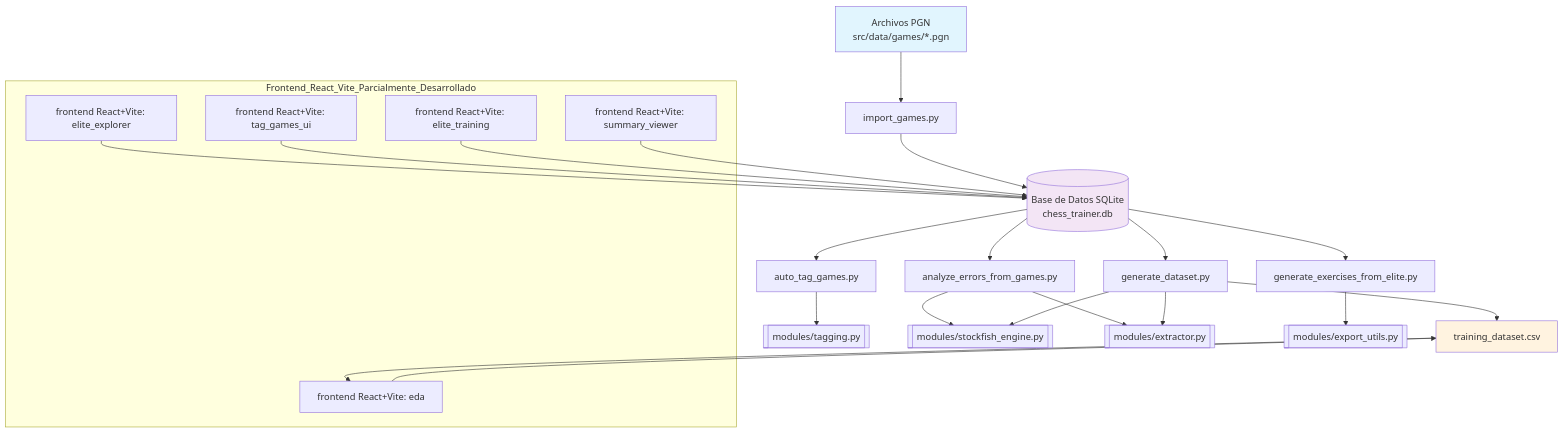
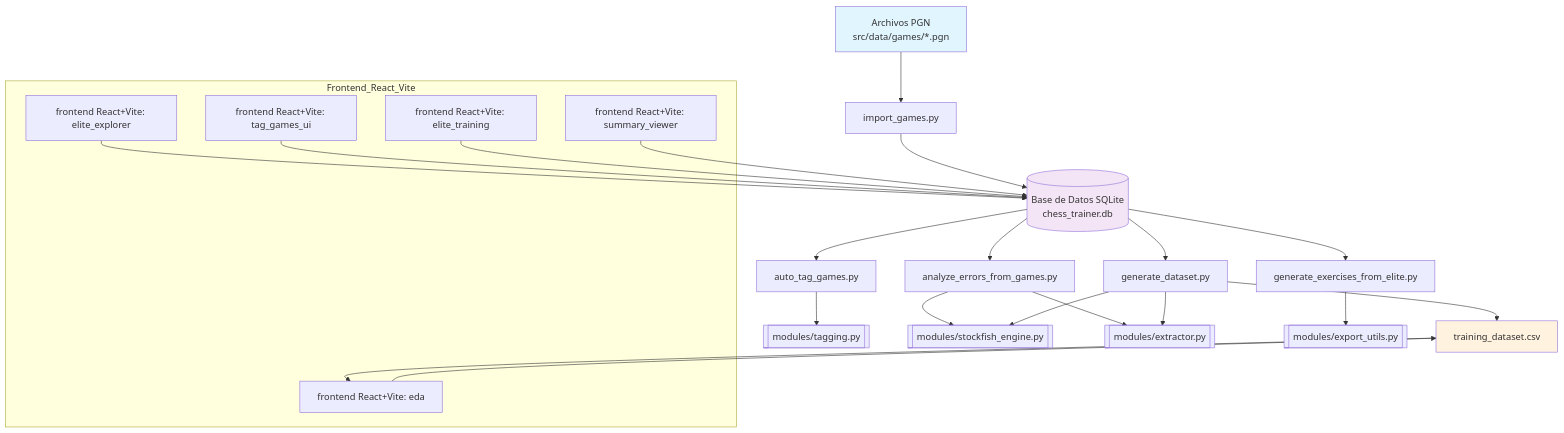
Before and after one commit to cmessoftware/chessinsightai: the diagram in src/architecture_es.md, drawn with Mermaid. The commit also changed 2 other files, not shown here.

Commit message:
docs: clarify legacy streamlit role and normalize vite docs
Agent-Logs-Url: https://github.com/cmessoftware/chessinsightai/sessions/33f0549b-f44d-47ba-a050-168358c5e59d

````diff
--- a/src/architecture_es.md
+++ b/src/architecture_es.md
@@ -1,40 +1,40 @@
 ```mermaid
 graph TD
   A[Archivos PGN<br>src/data/games/*.pgn] --> B[import_games.py]
   B --> DB[(Base de Datos SQLite<br>chess_trainer.db)]
 
   DB --> C[auto_tag_games.py]
   DB --> D[analyze_errors_from_games.py]
   DB --> E[generate_exercises_from_elite.py]
   DB --> F[generate_dataset.py]
 
   C --> M1[[modules/tagging.py]]
   D --> M2[[modules/stockfish_engine.py]]
   D --> M3[[modules/extractor.py]]
   E --> M4[[modules/export_utils.py]]
   F --> M2
   F --> M3
 
   G1[frontend React+Vite: elite_explorer] --> DB
   G2[frontend React+Vite: tag_games_ui] --> DB
   G3[frontend React+Vite: elite_training] --> DB
   G4[frontend React+Vite: summary_viewer] --> DB
   
   CSV[training_dataset.csv]
   G5[frontend React+Vite: eda] --> CSV
 
   F --> CSV
   CSV --> G5
 
-  subgraph Frontend_React_Vite_Parcialmente_Desarrollado
+  subgraph Frontend_React_Vite
     G1
     G2
     G3
     G4
     G5
   end
 
   style A fill:#e1f5fe
   style DB fill:#f3e5f5
   style CSV fill:#fff3e0
 ```
````
